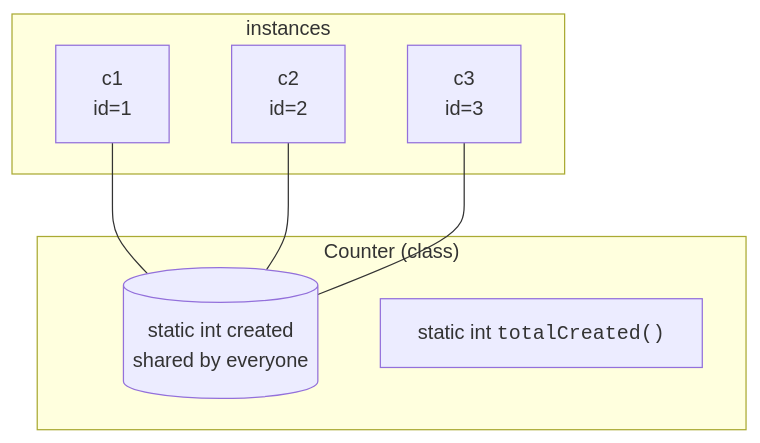
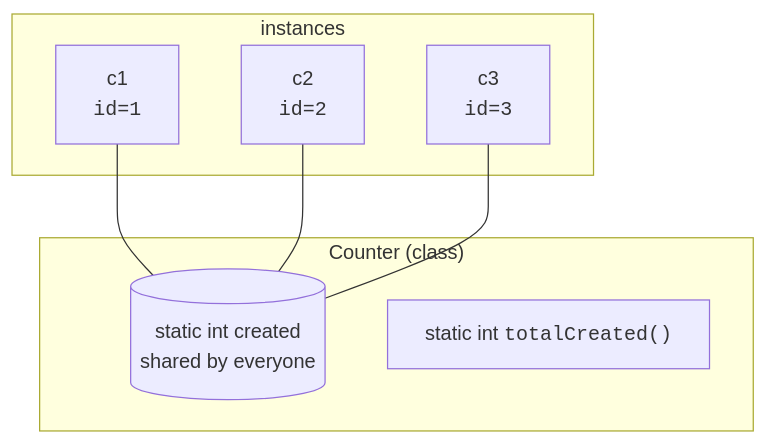
Before and after one commit to dataslope/dataslope: the first of 3 diagrams in content/learn/oop-blueprint-java/static-and-utility.mdx, drawn with Mermaid. The commit also changed 100 other files, not shown here.

First line of the commit message:
Wrap more code in diagram labels: filenames, hex, assignments, subgraph titles

````diff
--- a/content/learn/oop-blueprint-java/static-and-utility.mdx
+++ b/content/learn/oop-blueprint-java/static-and-utility.mdx
@@ -21,15 +21,15 @@
 ```mermaid
 flowchart TB
     subgraph C["Counter (class)"]
         S[("static int created<br/>shared by everyone")]
         SM["static int <code>totalCreated()</code>"]
     end
     subgraph I["instances"]
-        I1["c1<br/>id=1"]
-        I2["c2<br/>id=2"]
-        I3["c3<br/>id=3"]
+        I1["c1<br/><code>id=1</code>"]
+        I2["c2<br/><code>id=2</code>"]
+        I3["c3<br/><code>id=3</code>"]
     end
     I1 --- S
     I2 --- S
     I3 --- S
 ```
````
